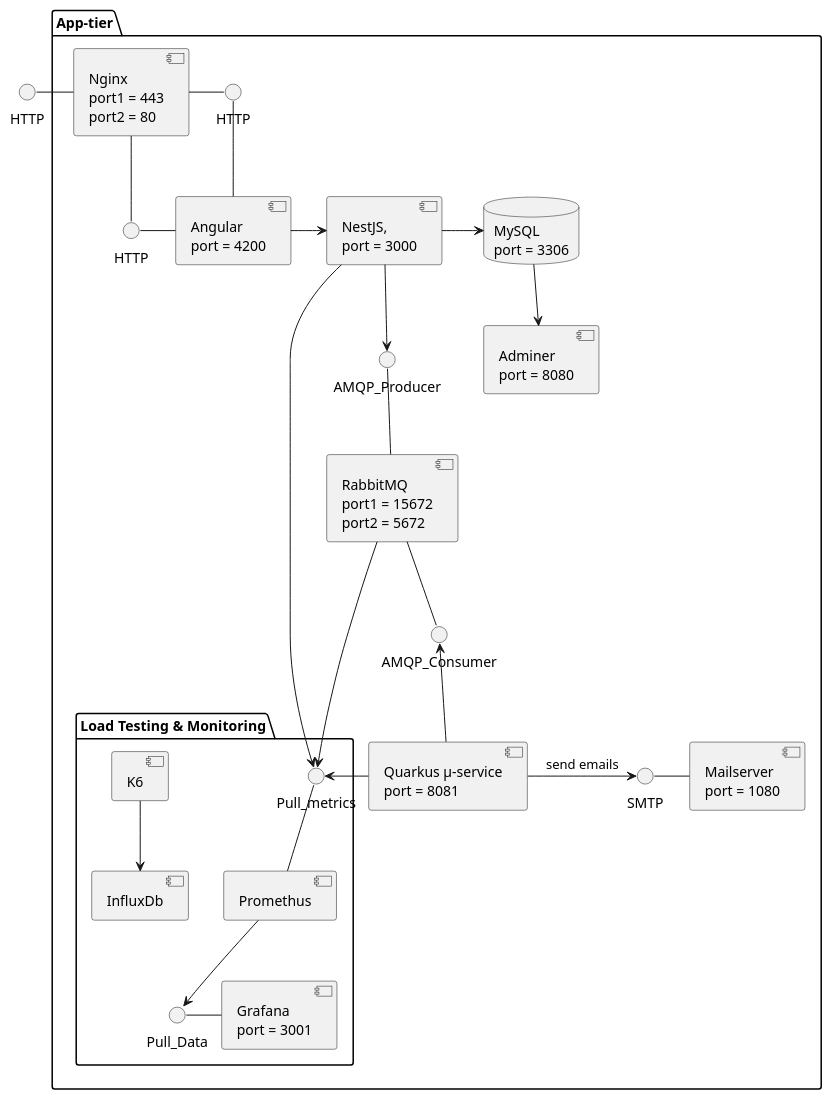
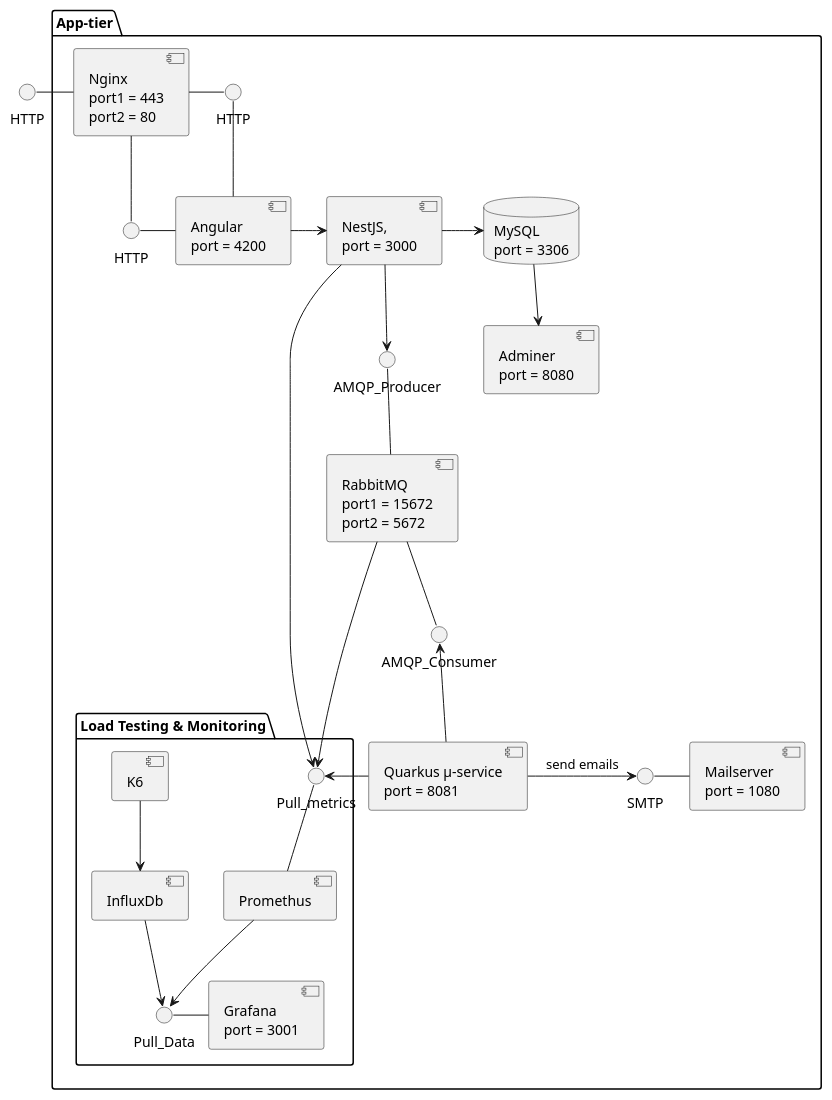
One commit to ghost-hikaru/Architecture_Logiciel changed the diagram in assets/AL.puml. Above: the diagram before and after it, drawn with PlantUML. The commit also changed 1 other file, not shown here.

```diff
--- a/assets/AL.puml
+++ b/assets/AL.puml
@@ -1,90 +1,91 @@
 @startuml
 
 
 package "App-tier"{
 component Angular [
 Angular
 port = 4200
 ]
 component nestjs [
 NestJS, 
 port = 3000
 ]
 component rabbitmq [
 RabbitMQ
 port1 = 15672
 port2 = 5672]
 component adminer [
 Adminer
 port = 8080
 ]
 component quarkus [
 Quarkus μ-service
 port = 8081
 ]
 component mailserver[
 Mailserver
 port = 1080
 ]
 component nginx[
 Nginx
 port1 = 443
 port2 = 80
 ]
 package "Load Testing & Monitoring"{
     component prometheus [
         Promethus
     ]
 
     component grafana [
         Grafana
         port = 3001
     ]
 
     component k6 [
         K6
     ]
     component influx [
         InfluxDb
     ]
 
     interface Pull_metrics as pm 
     interface Pull_Data as pd 
 }
 
 database mysql [
 MySQL
 port = 3306
 ]
 
 interface HTTP as http
 interface HTTP as http2
 interface AMQP_Producer as amqpp
 interface AMQP_Consumer as amqpc
 interface SMTP as smtp
 }
 
 interface HTTP as http1
 
 http -right- Angular
 Angular -right-> nestjs
 nestjs -> mysql
 mysql -down-> adminer
 nestjs --> amqpp
 amqpp -- rabbitmq
 rabbitmq -- amqpc
 quarkus -up-> amqpc
 quarkus -right-> smtp : send emails
 smtp -right- mailserver
 http -left- nginx
 nginx -left- http1
 nginx -down- http2
 http2 -right- Angular
 quarkus -right-> pm
 rabbitmq --> pm 
 nestjs --> pm 
 pm -- prometheus
 prometheus --> pd 
 pd -right- grafana 
 k6 --> influx
+influx --> pd
 @enduml
```
